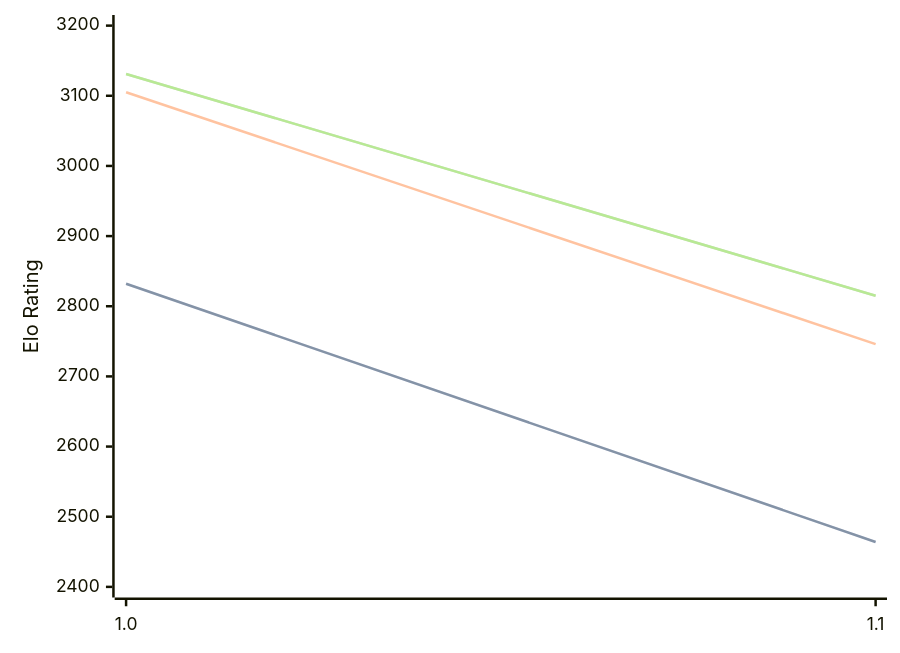
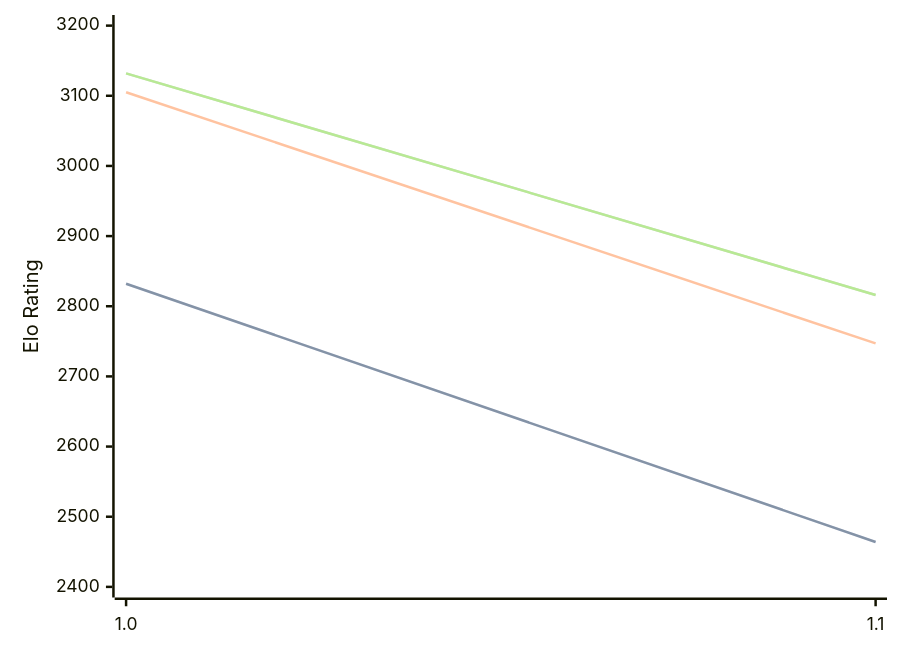
Before and after one commit to computer-chess-index/cci: the diagram in engines/Publius.md, drawn with Mermaid. The commit also changed other lines of this file, not shown here.

Commit message:
Update CCI Ratings (ELO VLTC) - 2026-08-25

````diff
--- a/engines/Publius.md
+++ b/engines/Publius.md
@@ -32,11 +32,11 @@
 ```mermaid
 %%{init: {"theme":"base","themeVariables":{"seriesColors:['#a3a3a3','#222221','#faa371']}}}%%
 xychart-beta
   x-axis ["1.0", "1.1"]
   y-axis "Elo Rating" 2400 --> 3200
   line "STC (8.0+0.08s)" [2832, 2464]
   line "STC (8.0+0.08s)" [2832, 2464]
-  line "LTC (60.0+0.60s)" [3105, 2746]
-  line "VLTC (2m24s+1.12s)" [3131, 2815]
-  line "VLTC (2m24s+1.12s)" [3131, 2815]
+  line "LTC (60.0+0.60s)" [3105, 2747]
+  line "VLTC (2m24s+1.12s)" [3132, 2816]
+  line "VLTC (2m24s+1.12s)" [3132, 2816]
 ```
````
